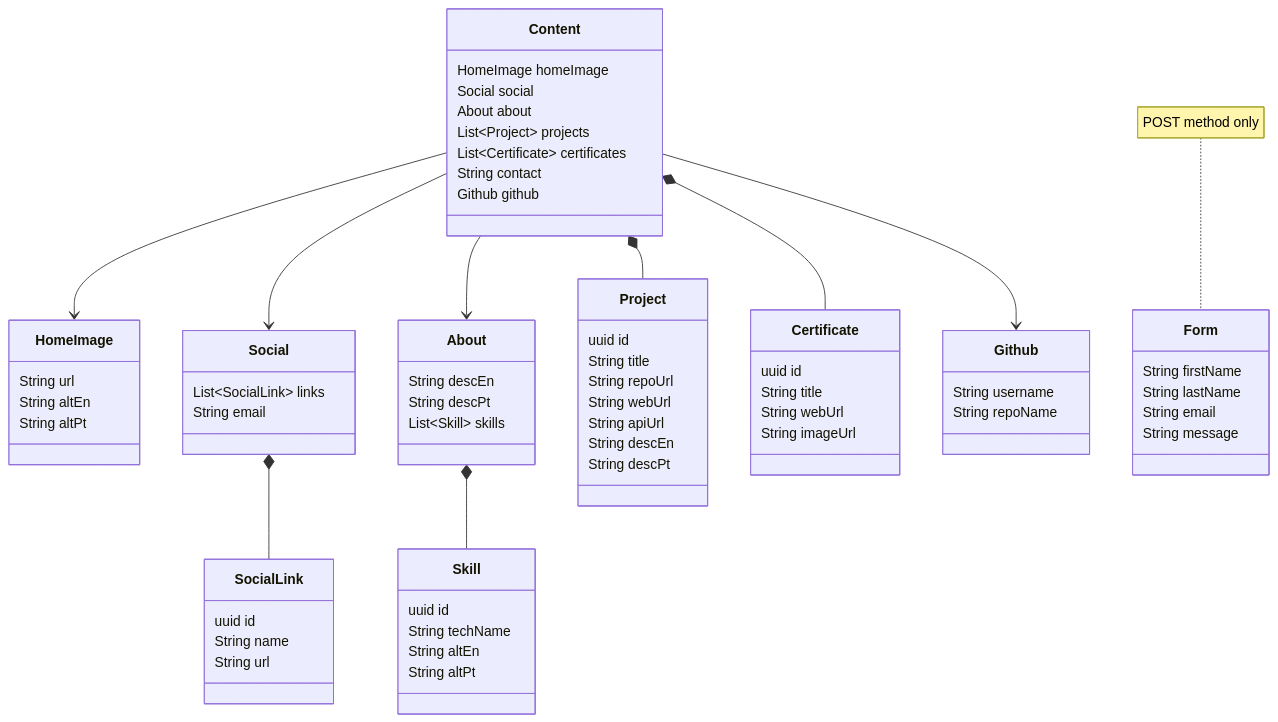
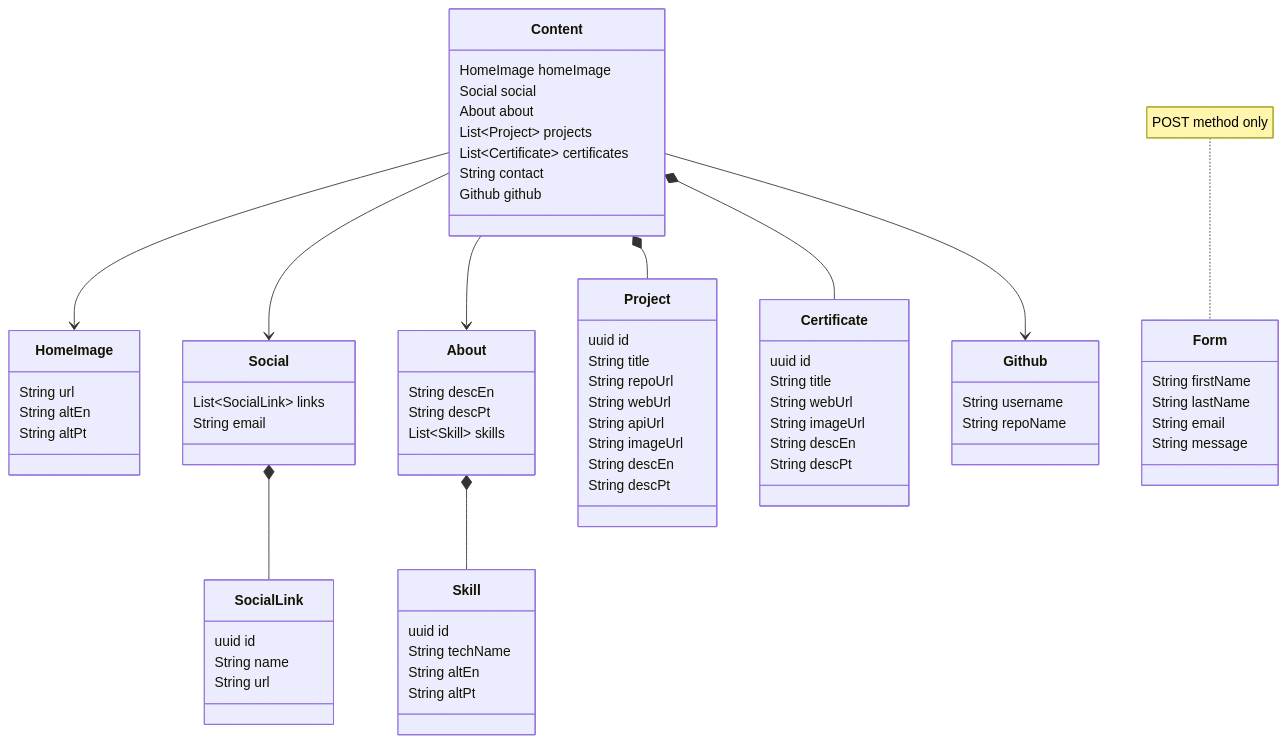
The diagram in README.md (wesleybritovlk/portfolio), drawn with Mermaid before and after one commit. The commit also changed other lines of this file and 33 other files, not shown here.

````diff
--- a/README.md
+++ b/README.md
@@ -89,72 +90,75 @@
 ```mermaid
 classDiagram
     Content --> HomeImage
     Content --> Social
     Content --> About
     Content *-- Project
     Content *-- Certificate
     Content --> Github
     Social *-- SocialLink
     About *-- Skill
     class Content {
         HomeImage homeImage
         Social social
         About about
         List~Project~ projects
         List~Certificate~ certificates
         String contact
         Github github
     }
     class HomeImage {
         String url
         String altEn
         String altPt
     }
     class Social {
         List~SocialLink~ links
         String email
     }
     class SocialLink {
         uuid id
         String name
         String url
     }
     class About {
         String descEn
         String descPt
         List~Skill~ skills
     }
     class Skill {
         uuid id
         String techName
         String altEn
         String altPt
     }
     class Project {
         uuid id
         String title
         String repoUrl
         String webUrl
         String apiUrl
+        String imageUrl
         String descEn
         String descPt
     }
     class Certificate {
         uuid id
         String title
         String webUrl
         String imageUrl
+        String descEn
+        String descPt
     }
     class Github {
         String username
         String repoName
     }
 
     note for Form "POST method only"
     class Form {
         String firstName
         String lastName
         String email
         String message
     }
 ```
````
